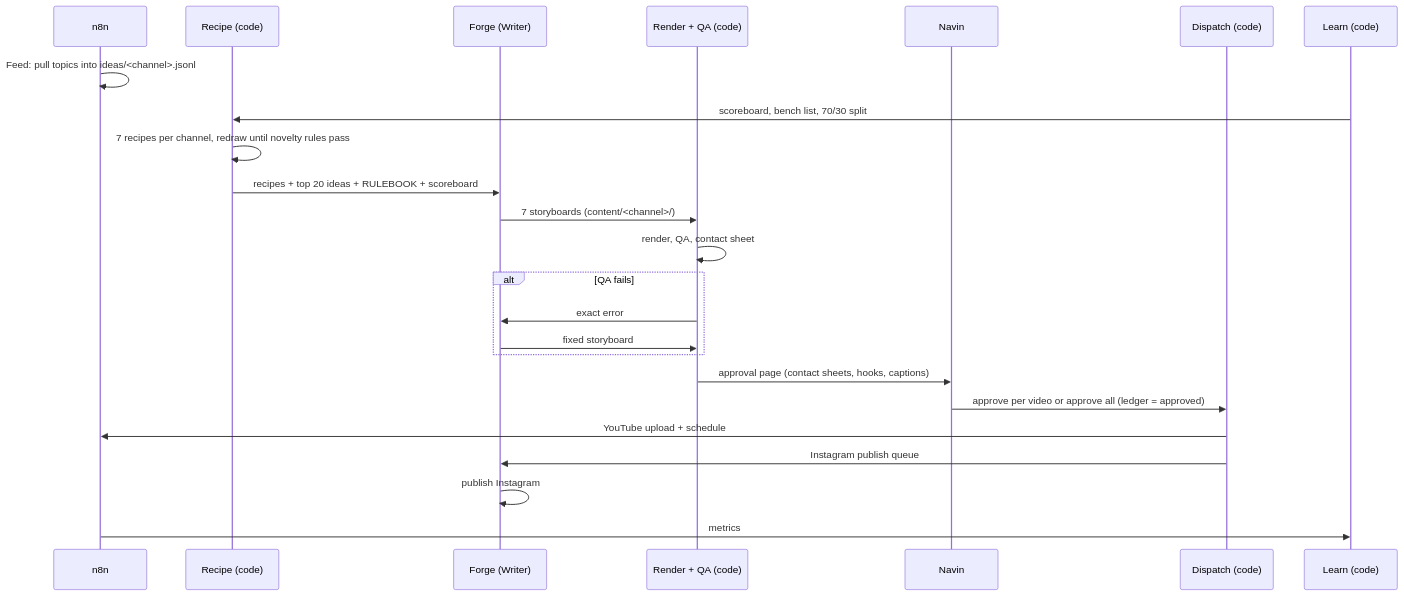
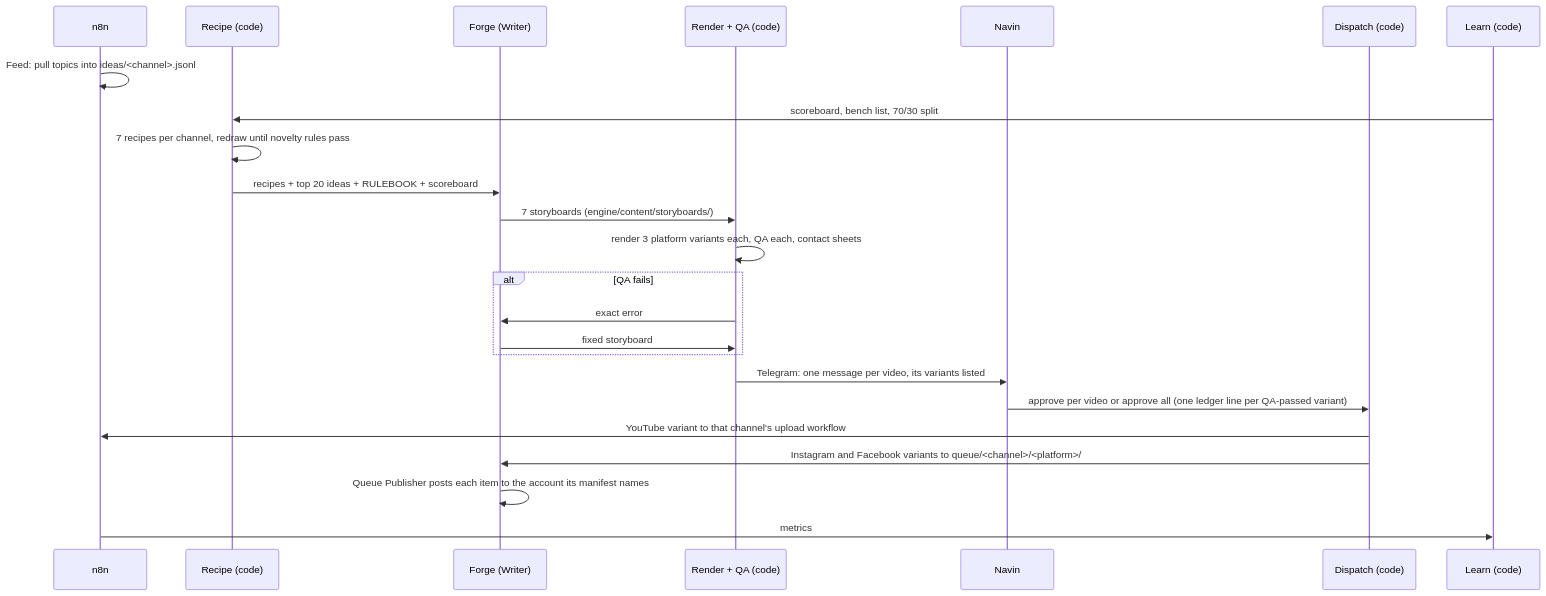
Before and after one commit to navin-labs/agent-studio: the diagram in docs/WORKFLOW.md, drawn with Mermaid. The commit also changed other lines of this file and 147 other files, not shown here.

````diff
--- a/docs/WORKFLOW.md
+++ b/docs/WORKFLOW.md
@@ -6,26 +6,26 @@
 ```mermaid
 sequenceDiagram
   participant N8N as n8n
   participant REC as Recipe (code)
   participant FG as Forge (Writer)
   participant RE as Render + QA (code)
   participant NV as Navin
   participant DS as Dispatch (code)
   participant LN as Learn (code)
   N8N->>N8N: Feed: pull topics into ideas/<channel>.jsonl
   LN->>REC: scoreboard, bench list, 70/30 split
   REC->>REC: 7 recipes per channel, redraw until novelty rules pass
   REC->>FG: recipes + top 20 ideas + RULEBOOK + scoreboard
-  FG->>RE: 7 storyboards (content/<channel>/)
-  RE->>RE: render, QA, contact sheet
+  FG->>RE: 7 storyboards (engine/content/storyboards/)
+  RE->>RE: render 3 platform variants each, QA each, contact sheets
   alt QA fails
     RE->>FG: exact error
     FG->>RE: fixed storyboard
   end
-  RE->>NV: approval page (contact sheets, hooks, captions)
-  NV->>DS: approve per video or approve all (ledger = approved)
-  DS->>N8N: YouTube upload + schedule
-  DS->>FG: Instagram publish queue
-  FG->>FG: publish Instagram
+  RE->>NV: Telegram: one message per video, its variants listed
+  NV->>DS: approve per video or approve all (one ledger line per QA-passed variant)
+  DS->>N8N: YouTube variant to that channel's upload workflow
+  DS->>FG: Instagram and Facebook variants to queue/<channel>/<platform>/
+  FG->>FG: Queue Publisher posts each item to the account its manifest names
   N8N->>LN: metrics
 ```
````
